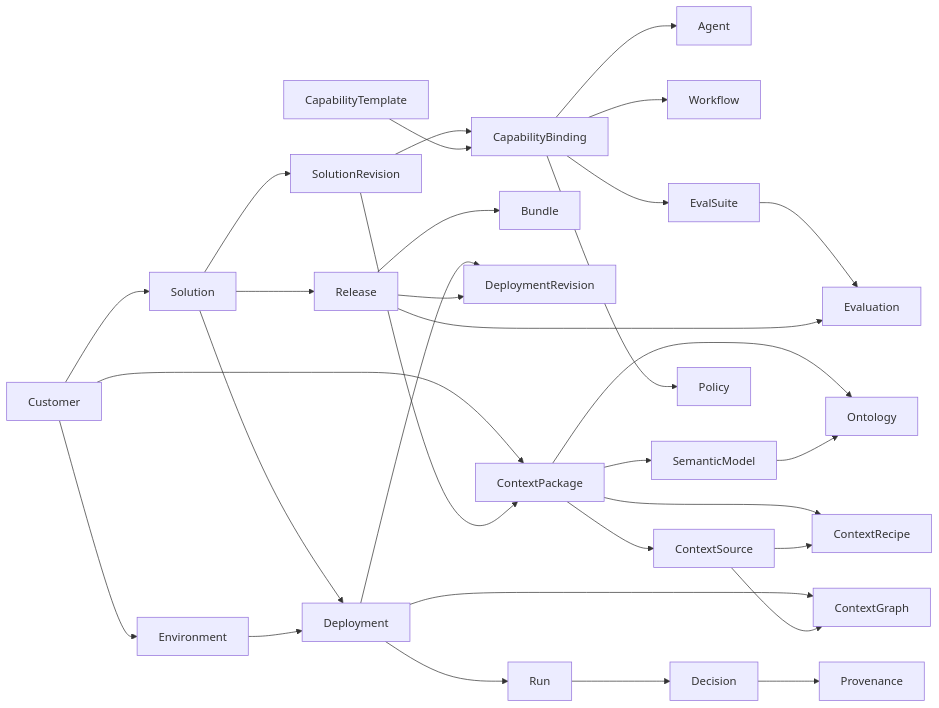
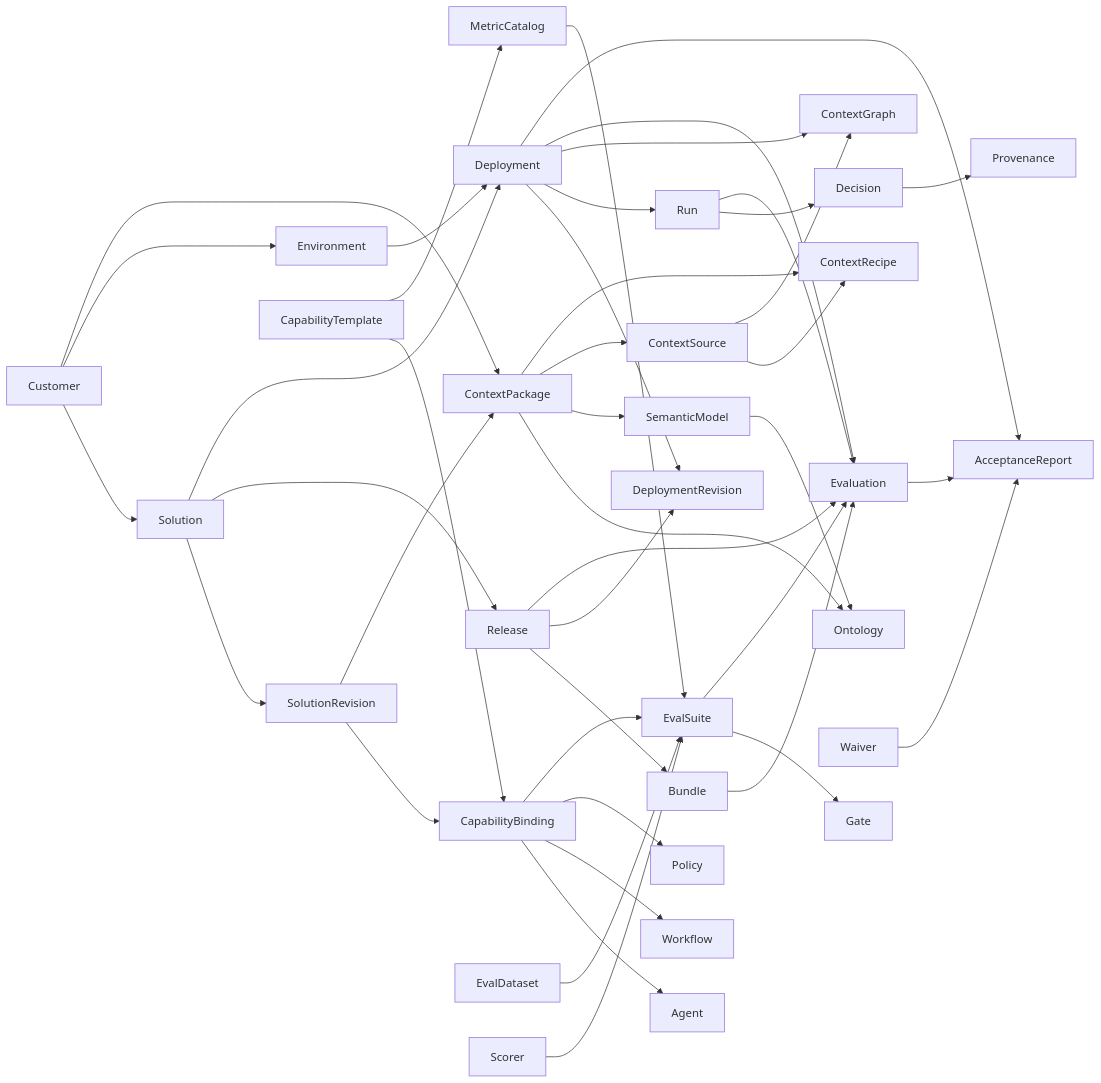
Before and after one commit to 0xnicholas/Fdesforce: the diagram in docs/domain-model.md, drawn with Mermaid. The commit also changed other lines of this file and 29 other files, not shown here.

````diff
--- a/docs/domain-model.md
+++ b/docs/domain-model.md
@@ -465,33 +656,44 @@
 ```mermaid
 flowchart LR
   Customer --> Solution
   Customer --> Environment
   Solution --> SolutionRevision
   SolutionRevision --> CapabilityBinding
   CapabilityTemplate --> CapabilityBinding
+  CapabilityTemplate --> MetricCatalog
   CapabilityBinding --> Agent
   CapabilityBinding --> Workflow
   Solution --> Release
   Release --> Bundle
   Solution --> Deployment
   Environment --> Deployment
   Deployment --> DeploymentRevision
   Release --> DeploymentRevision
   Deployment --> Run
   Run --> Decision
   Decision --> Provenance
   Customer --> ContextPackage
   ContextPackage --> Ontology
   ContextPackage --> SemanticModel
   ContextPackage --> ContextSource
   ContextPackage --> ContextRecipe
   SolutionRevision --> ContextPackage
   SemanticModel --> Ontology
   ContextSource --> ContextRecipe
   Deployment --> ContextGraph
   ContextSource --> ContextGraph
   CapabilityBinding --> Policy
   CapabilityBinding --> EvalSuite
+  MetricCatalog --> EvalSuite
+  EvalDataset --> EvalSuite
+  Scorer --> EvalSuite
+  EvalSuite --> Gate
   EvalSuite --> Evaluation
+  Bundle --> Evaluation
   Release --> Evaluation
+  Deployment --> Evaluation
+  Run --> Evaluation
+  Evaluation --> AcceptanceReport
+  Deployment --> AcceptanceReport
+  Waiver --> AcceptanceReport
 ```
````
